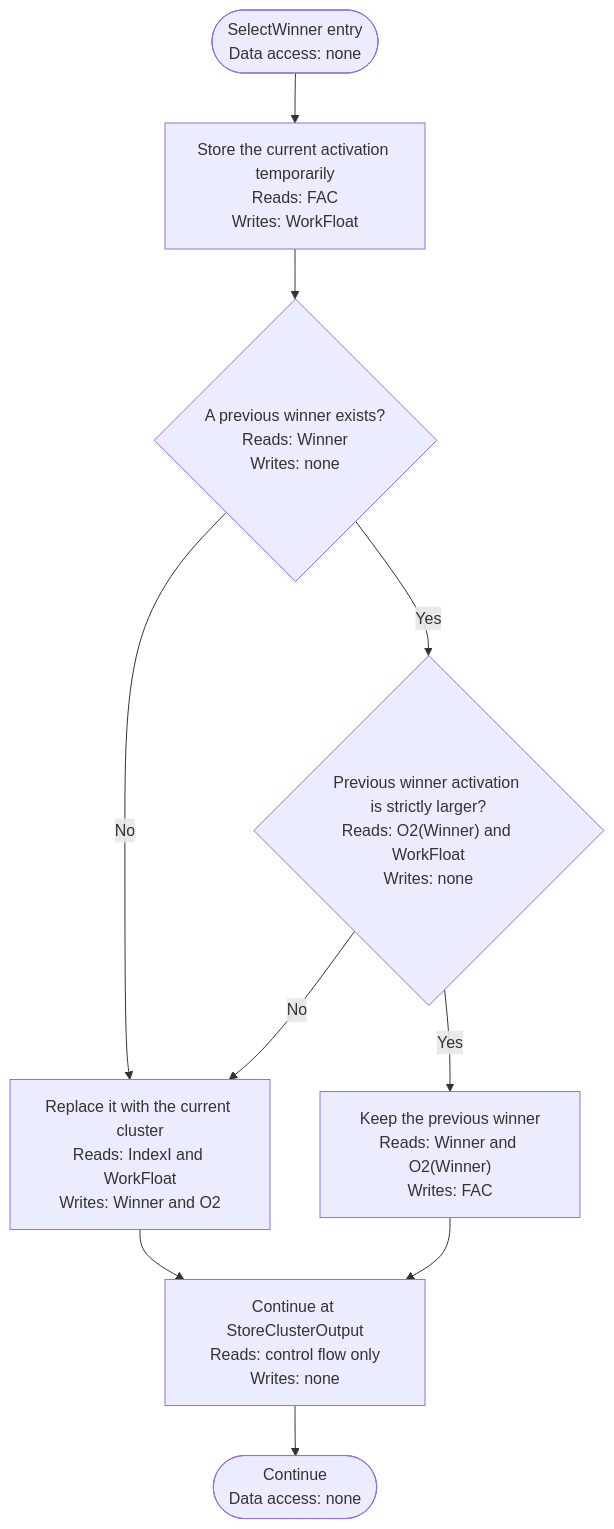
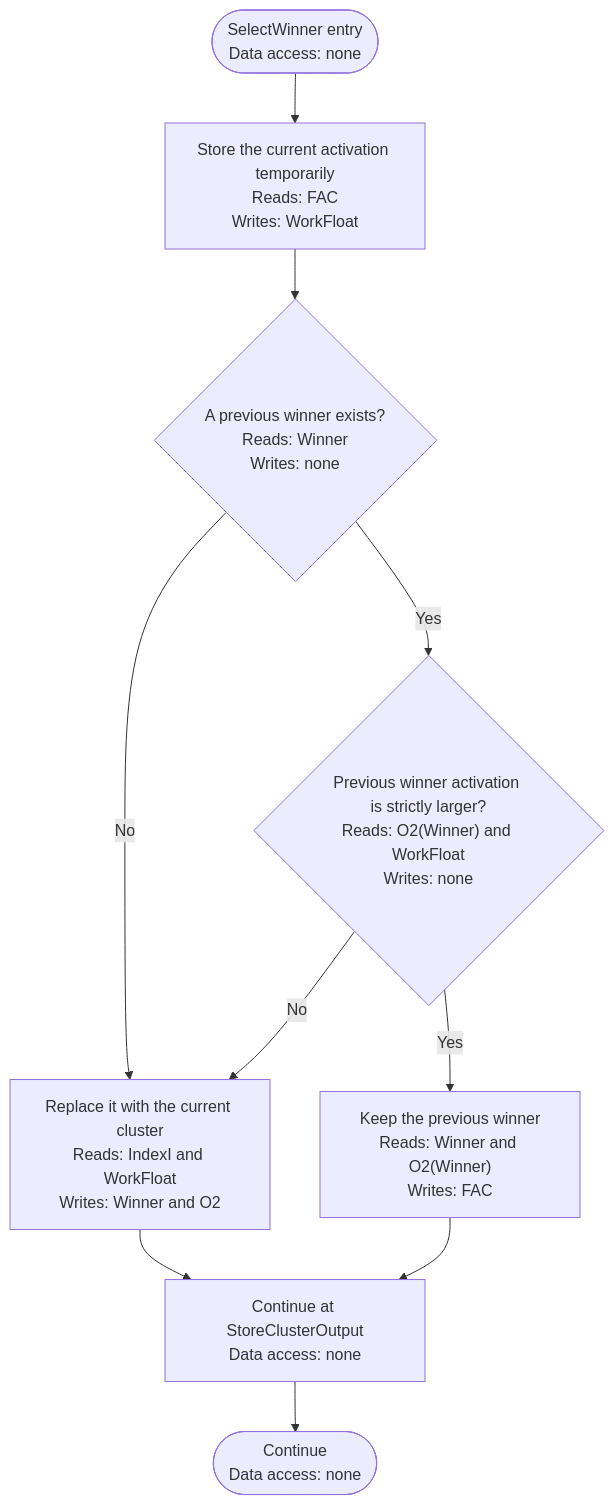
One commit to sharpninja/NeuralNetworks changed diagram 19 of 44 in docs/Diagrams/CL-ML-Activity-Diagrams.md. Above: the diagram before and after it, drawn with Mermaid. The commit also changed other lines of this file and 10 other files, not shown here.

````diff
--- a/docs/Diagrams/CL-ML-Activity-Diagrams.md
+++ b/docs/Diagrams/CL-ML-Activity-Diagrams.md
@@ -447,11 +479,11 @@
 ```mermaid
 flowchart TD
     A(["SelectWinner entry<br/>Data access: none"]) --> B["Store the current activation temporarily<br/>Reads: FAC<br/>Writes: WorkFloat"]
     B --> C{"A previous winner exists?<br/>Reads: Winner<br/>Writes: none"}
     C -- No --> E["Replace it with the current cluster<br/>Reads: IndexI and WorkFloat<br/>Writes: Winner and O2"]
     C -- Yes --> D{"Previous winner activation is strictly larger?<br/>Reads: O2(Winner) and WorkFloat<br/>Writes: none"}
     D -- Yes --> F["Keep the previous winner<br/>Reads: Winner and O2(Winner)<br/>Writes: FAC"]
     D -- No --> E
-    E --> G["Continue at StoreClusterOutput<br/>Reads: control flow only<br/>Writes: none"] --> Z(["Continue<br/>Data access: none"])
+    E --> G["Continue at StoreClusterOutput<br/>Data access: none"] --> Z(["Continue<br/>Data access: none"])
     F --> G
 ```
````
